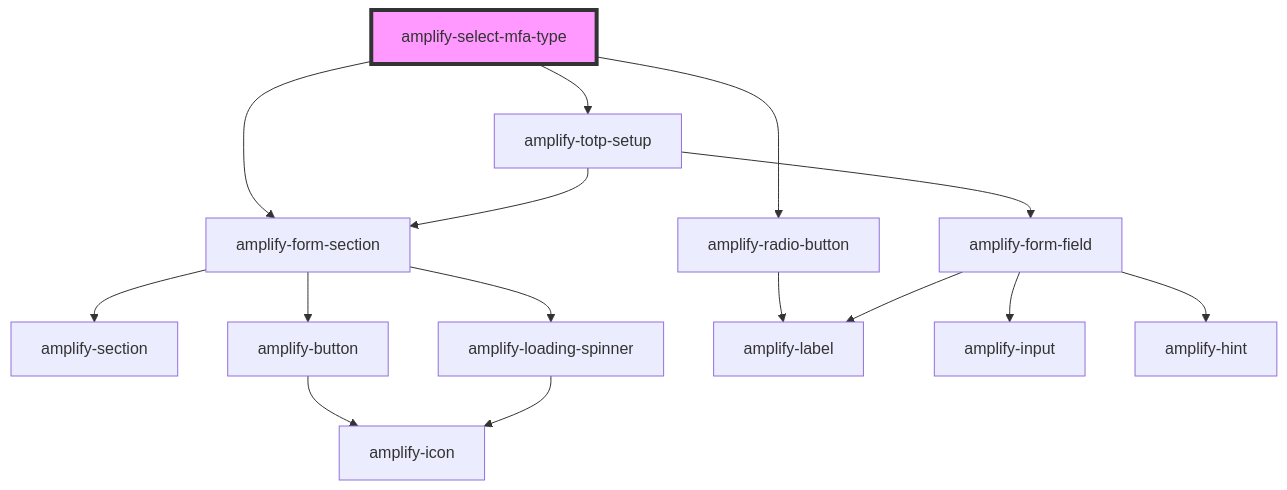
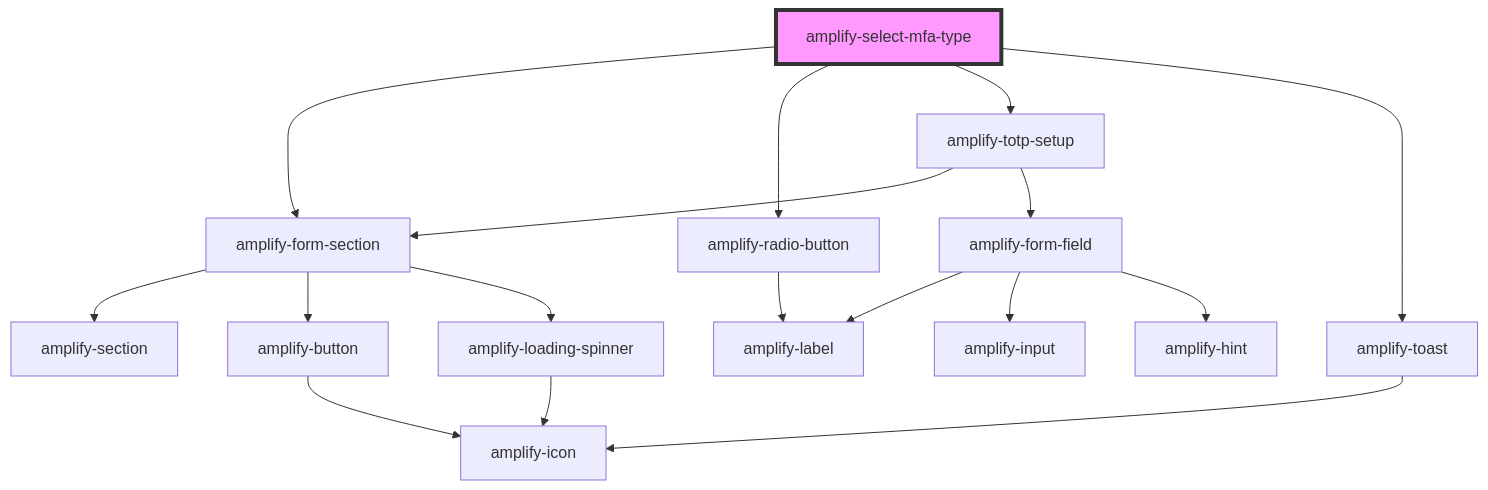
One commit to aws-amplify/amplify-js changed the diagram in packages/amplify-ui-components/src/components/amplify-select-mfa-type/readme.md. Above: the diagram before and after it, drawn with Mermaid. The commit also changed other lines of this file and 4 other files, not shown here.

Commit message:
feat: adding toast notification when selecting an MFA type

````diff
--- a/packages/amplify-ui-components/src/components/amplify-select-mfa-type/readme.md
+++ b/packages/amplify-ui-components/src/components/amplify-select-mfa-type/readme.md
@@ -24,18 +25,20 @@
 ```mermaid
 graph TD;
   amplify-select-mfa-type --> amplify-form-section
   amplify-select-mfa-type --> amplify-radio-button
   amplify-select-mfa-type --> amplify-totp-setup
+  amplify-select-mfa-type --> amplify-toast
   amplify-form-section --> amplify-section
   amplify-form-section --> amplify-button
   amplify-form-section --> amplify-loading-spinner
   amplify-button --> amplify-icon
   amplify-loading-spinner --> amplify-icon
   amplify-radio-button --> amplify-label
   amplify-totp-setup --> amplify-form-section
   amplify-totp-setup --> amplify-form-field
   amplify-form-field --> amplify-label
   amplify-form-field --> amplify-input
   amplify-form-field --> amplify-hint
+  amplify-toast --> amplify-icon
   style amplify-select-mfa-type fill:#f9f,stroke:#333,stroke-width:4px
 ```
````
